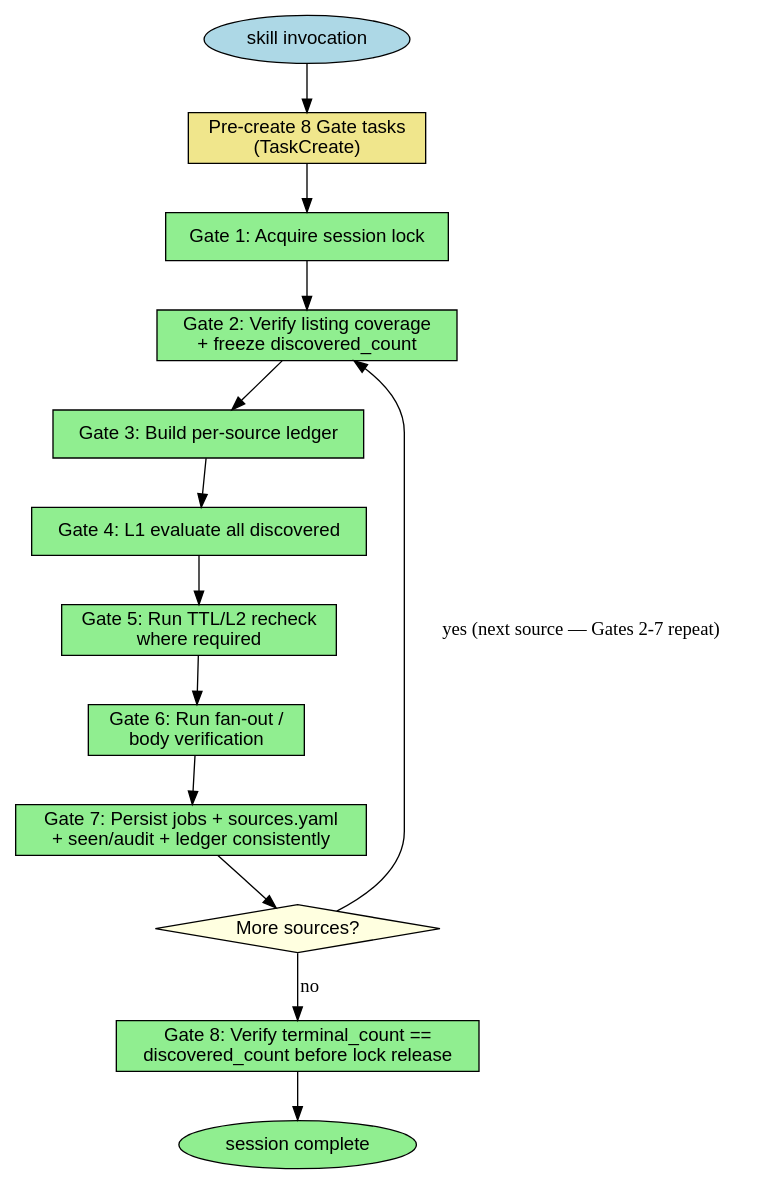
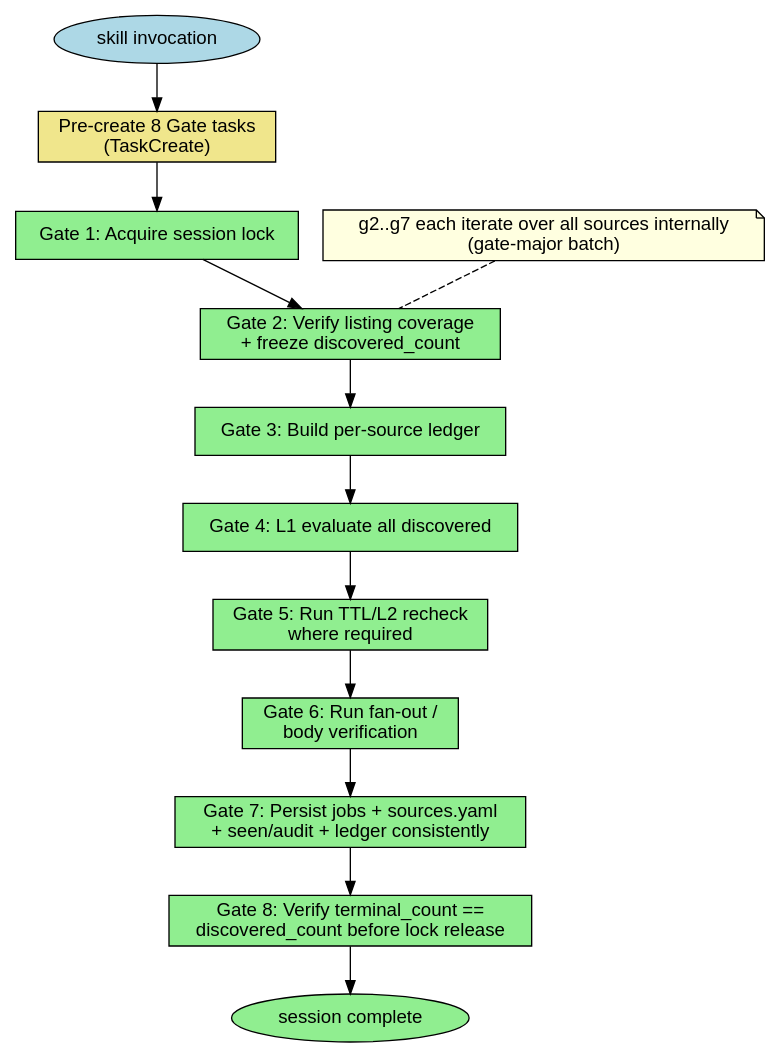
The first of 2 diagrams in skills/collect-jd/reference/bootstrap.md (toongri/oh-my-toong-playground), drawn with Graphviz before and after one commit. The commit also changed other lines of this file and 1 other file, not shown here.

Commit message:
fix: collect-jd gate-major 배치 플로우 정합

````diff
--- a/skills/collect-jd/reference/bootstrap.md
+++ b/skills/collect-jd/reference/bootstrap.md
@@ -46,32 +46,31 @@
 ```dot
 digraph gate_task_creation {
   rankdir=TB;
   node [shape=box, fontname="Helvetica"];
 
   trigger [label="skill invocation", shape=ellipse, style=filled, fillcolor=lightblue];
   create_tasks [label="Pre-create 8 Gate tasks\n(TaskCreate)", style=filled, fillcolor=khaki];
   g1 [label="Gate 1: Acquire session lock", style=filled, fillcolor=lightgreen];
   g2 [label="Gate 2: Verify listing coverage\n+ freeze discovered_count", style=filled, fillcolor=lightgreen];
   g3 [label="Gate 3: Build per-source ledger", style=filled, fillcolor=lightgreen];
   g4 [label="Gate 4: L1 evaluate all discovered", style=filled, fillcolor=lightgreen];
   g5 [label="Gate 5: Run TTL/L2 recheck\nwhere required", style=filled, fillcolor=lightgreen];
   g6 [label="Gate 6: Run fan-out /\nbody verification", style=filled, fillcolor=lightgreen];
   g7 [label="Gate 7: Persist jobs + sources.yaml\n+ seen/audit + ledger consistently", style=filled, fillcolor=lightgreen];
-  more_sources [label="More sources?", shape=diamond, style=filled, fillcolor=lightyellow];
   g8 [label="Gate 8: Verify terminal_count ==\ndiscovered_count before lock release", style=filled, fillcolor=lightgreen];
+  iterate_note [label="g2..g7 each iterate over all sources internally\n(gate-major batch)", shape=note, style=filled, fillcolor=lightyellow];
   done [label="session complete", shape=ellipse, style=filled, fillcolor=lightgreen];
 
   trigger -> create_tasks;
   create_tasks -> g1;
   g1 -> g2;
   g2 -> g3;
   g3 -> g4;
   g4 -> g5;
   g5 -> g6;
   g6 -> g7;
-  g7 -> more_sources;
-  more_sources -> g2 [label="yes (next source — Gates 2-7 repeat)"];
-  more_sources -> g8 [label="no"];
+  g7 -> g8;
+  iterate_note -> g2 [style=dashed, arrowhead=none];
   g8 -> done;
 }
 ```
````
